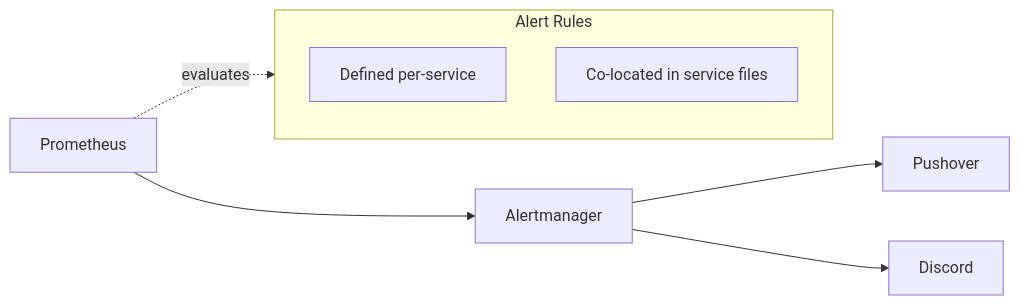
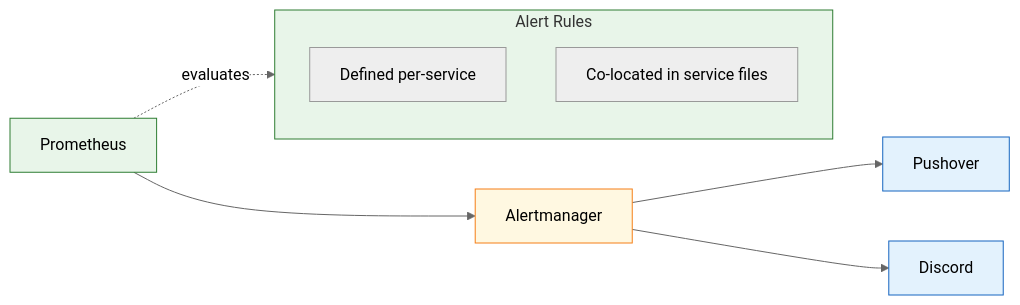
The second of 2 diagrams in README.md (carpenike/nix-config), drawn with Mermaid before and after one commit. The commit also changed other lines of this file, not shown here.

Commit message:
docs: enhance README with mermaid flowcharts for improved architectural clarity

````diff
--- a/README.md
+++ b/README.md
@@ -297,13 +305,21 @@
 ```mermaid
+%%{init: {'theme': 'neutral'}}%%
 flowchart LR
     P[Prometheus] --> A[Alertmanager]
     A --> Push[Pushover]
     A --> Discord[Discord]
 
     subgraph Rules["Alert Rules"]
         R1["Defined per-service"]
         R2["Co-located in service files"]
     end
 
     P -.->|evaluates| Rules
+
+    classDef monitor fill:#e8f5e9,stroke:#2e7d32
+    classDef alert fill:#fff8e1,stroke:#f57f17
+    classDef notify fill:#e3f2fd,stroke:#1565c0
+    class P,Rules monitor
+    class A alert
+    class Push,Discord notify
 ```
````
